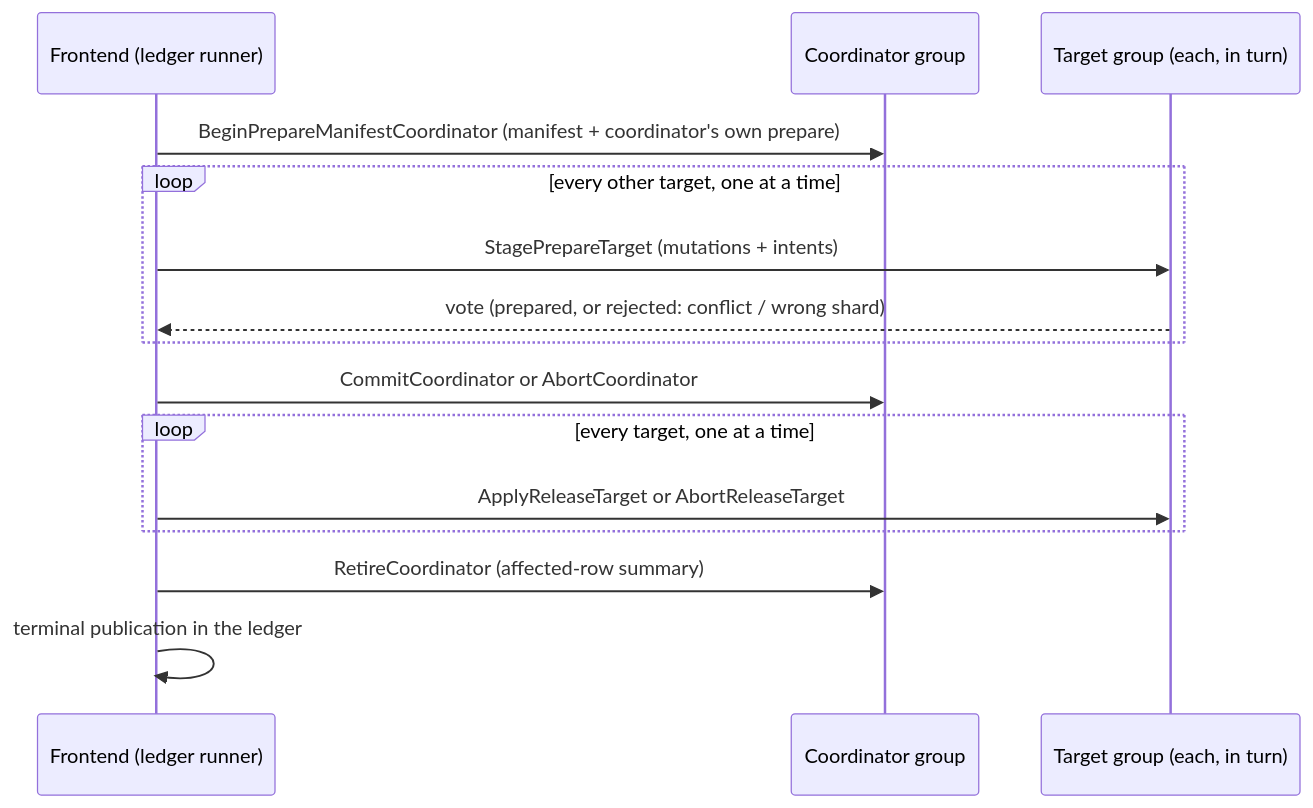
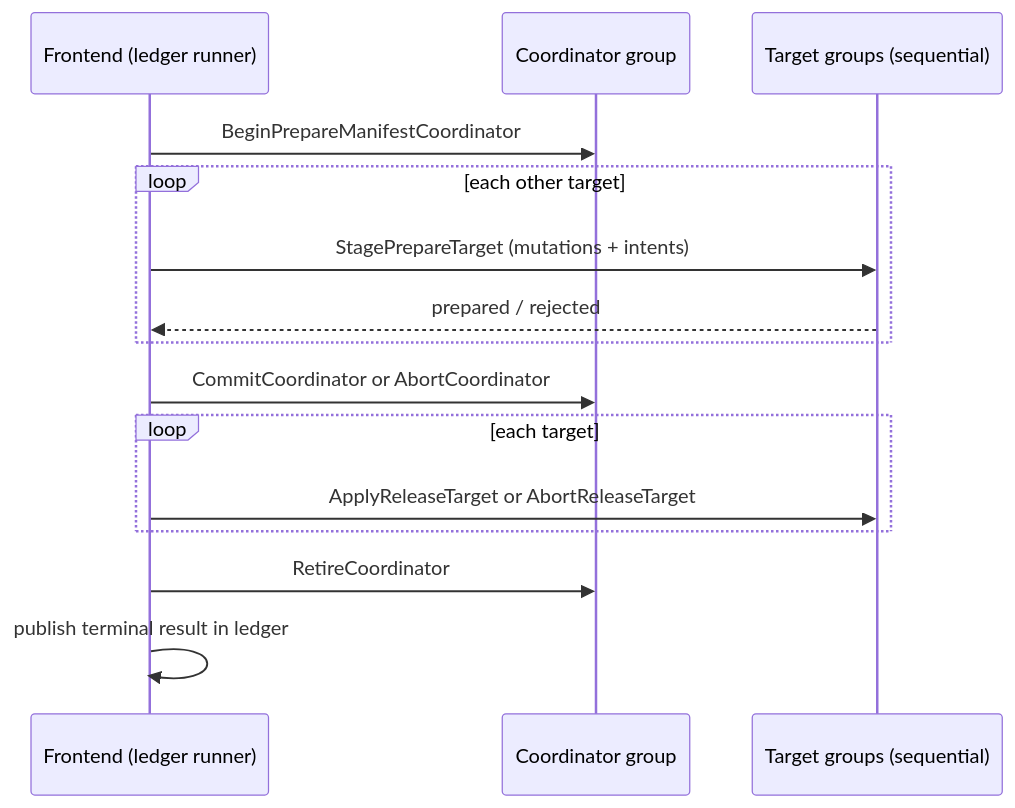
The diagram in docs/design/distributed-transactions.md (thesyncim/vibedb), drawn with Mermaid before and after one commit. The commit also changed other lines of this file and 1871 other files, not shown here.

````diff
--- a/docs/design/distributed-transactions.md
+++ b/docs/design/distributed-transactions.md
@@ -44,17 +29,17 @@
 ```mermaid
 sequenceDiagram
     participant R as Frontend (ledger runner)
     participant C as Coordinator group
-    participant T as Target group (each, in turn)
-    R->>C: BeginPrepareManifestCoordinator (manifest + coordinator's own prepare)
-    loop every other target, one at a time
+    participant T as Target groups (sequential)
+    R->>C: BeginPrepareManifestCoordinator
+    loop each other target
         R->>T: StagePrepareTarget (mutations + intents)
-        T-->>R: vote (prepared, or rejected: conflict / wrong shard)
+        T-->>R: prepared / rejected
     end
     R->>C: CommitCoordinator or AbortCoordinator
-    loop every target, one at a time
+    loop each target
         R->>T: ApplyReleaseTarget or AbortReleaseTarget
     end
-    R->>C: RetireCoordinator (affected-row summary)
-    R->>R: terminal publication in the ledger
+    R->>C: RetireCoordinator
+    R->>R: publish terminal result in ledger
 ```
````
